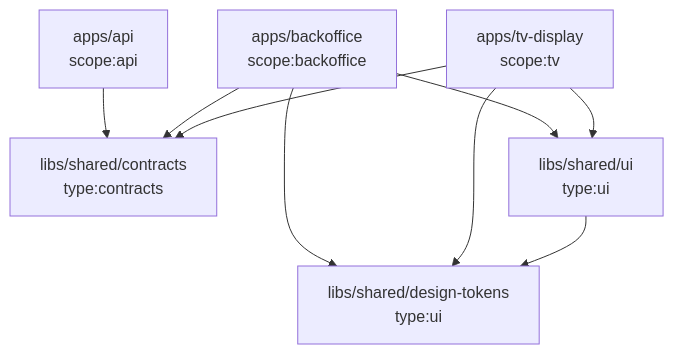
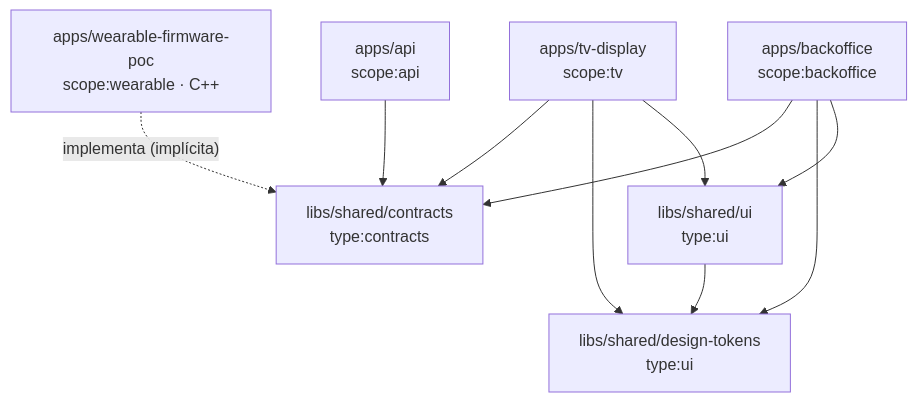
One commit to GastMolina267/pti-monorepo changed the fourth of 4 diagrams in docs/01-arquitectura.md. Above: the diagram before and after it, drawn with Mermaid. The commit also changed other lines of this file and 9 other files, not shown here.

First line of the commit message:
docs(docs): documentar el firmware del wearable dentro del monorepo

````diff
--- a/docs/01-arquitectura.md
+++ b/docs/01-arquitectura.md
@@ -92,9 +92,10 @@
 ```mermaid
 flowchart TB
   api["apps/api<br/>scope:api"] --> contracts
   backoffice["apps/backoffice<br/>scope:backoffice"] --> ui & tokens & contracts
   tv["apps/tv-display<br/>scope:tv"] --> ui & tokens & contracts
   ui["libs/shared/ui<br/>type:ui"] --> tokens
   tokens["libs/shared/design-tokens<br/>type:ui"]
   contracts["libs/shared/contracts<br/>type:contracts"]
+  firmware["apps/wearable-firmware-poc<br/>scope:wearable · C++"] -. "implementa (implícita)" .-> contracts
 ```
````
